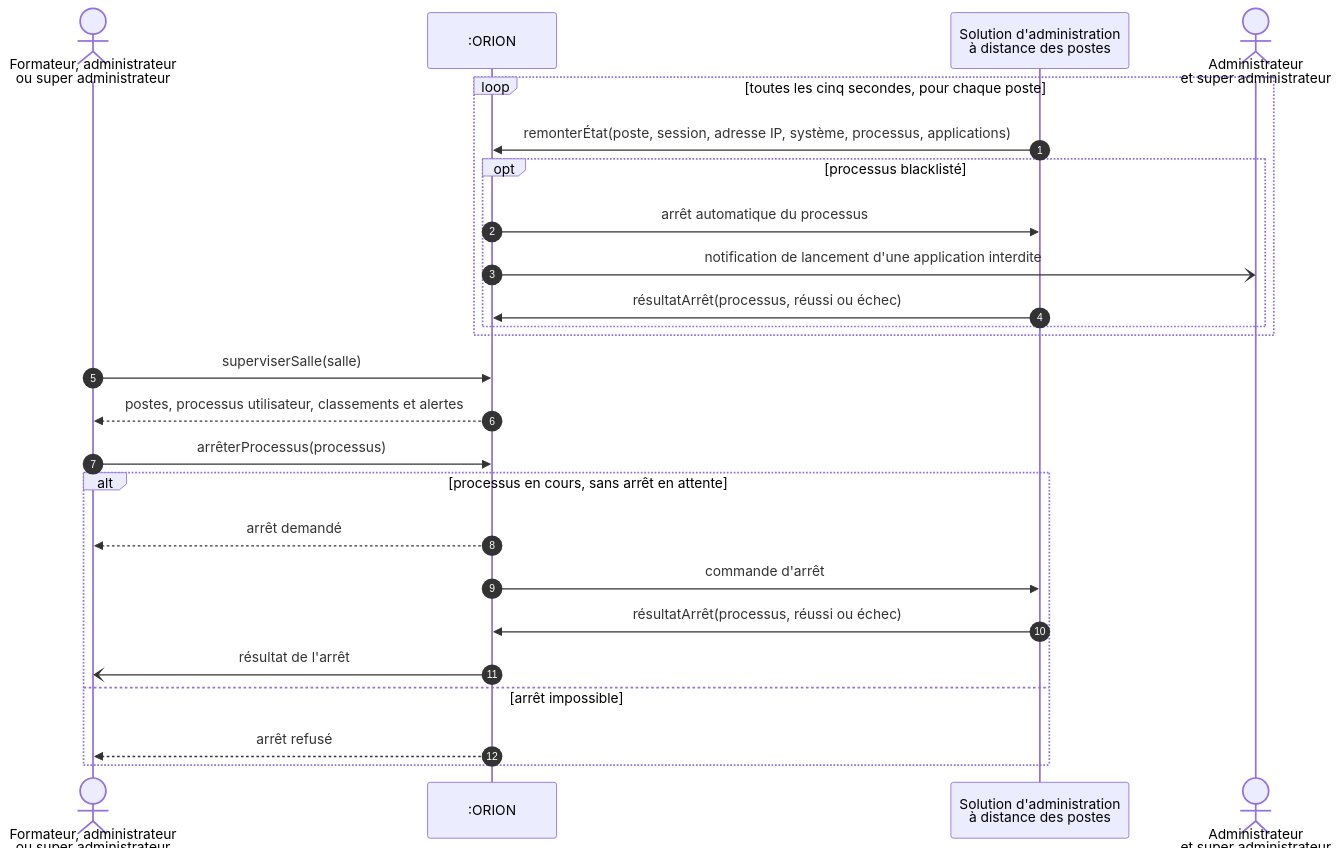
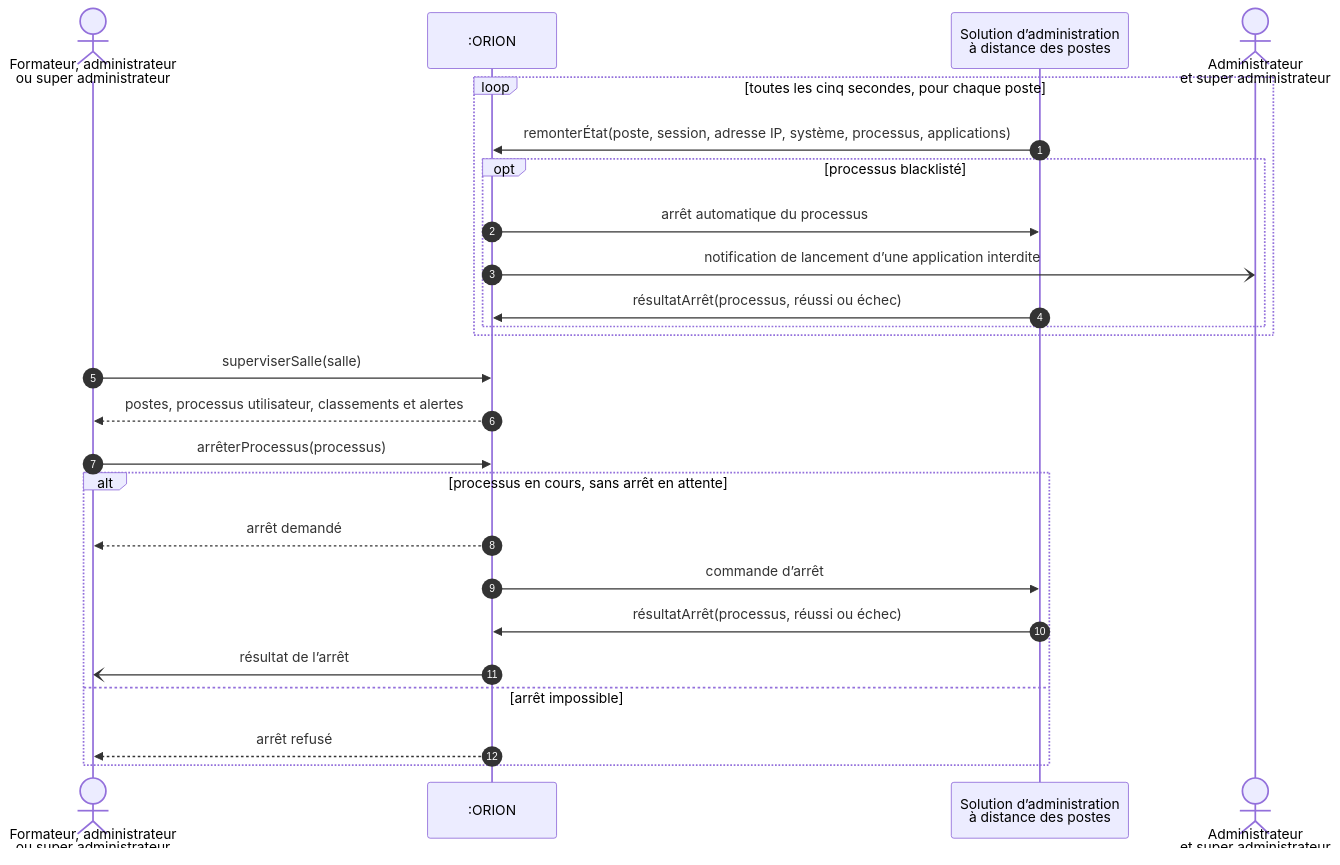
Before and after one commit to bpierrelouis/aster: the seventh of 9 diagrams in docs/02-ANALYSE/02-CAPTURE-DES-BESOINS/10-DIAGRAMMES-SEQUENCE-SYSTEME.md, drawn with Mermaid. The commit also changed other lines of this file and 32 other files, not shown here.

````diff
--- a/docs/02-ANALYSE/02-CAPTURE-DES-BESOINS/10-DIAGRAMMES-SEQUENCE-SYSTEME.md
+++ b/docs/02-ANALYSE/02-CAPTURE-DES-BESOINS/10-DIAGRAMMES-SEQUENCE-SYSTEME.md
@@ -143,27 +143,27 @@
 ```mermaid
 sequenceDiagram
     autonumber
     actor F as Formateur, administrateur<br/>ou super administrateur
     participant O as :ORION
-    participant S as Solution d'administration<br/>à distance des postes
+    participant S as Solution d’administration<br/>à distance des postes
     actor A as Administrateur<br/>et super administrateur
     loop toutes les cinq secondes, pour chaque poste
         S->>O: remonterÉtat(poste, session, adresse IP, système, processus, applications)
         opt processus blacklisté
             O->>S: arrêt automatique du processus
-            O-)A: notification de lancement d'une application interdite
+            O-)A: notification de lancement d’une application interdite
             S->>O: résultatArrêt(processus, réussi ou échec)
         end
     end
     F->>O: superviserSalle(salle)
     O-->>F: postes, processus utilisateur, classements et alertes
     F->>O: arrêterProcessus(processus)
     alt processus en cours, sans arrêt en attente
         O-->>F: arrêt demandé
-        O->>S: commande d'arrêt
+        O->>S: commande d’arrêt
         S->>O: résultatArrêt(processus, réussi ou échec)
-        O-)F: résultat de l'arrêt
+        O-)F: résultat de l’arrêt
     else arrêt impossible
         O-->>F: arrêt refusé
     end
 ```
````
